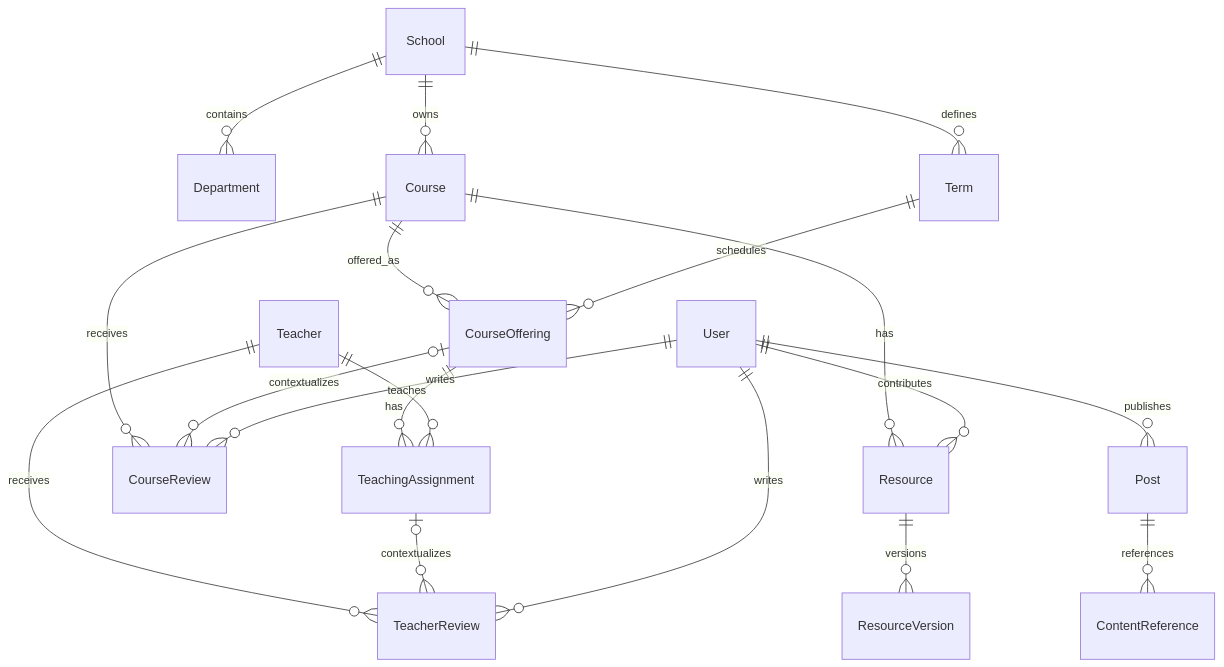
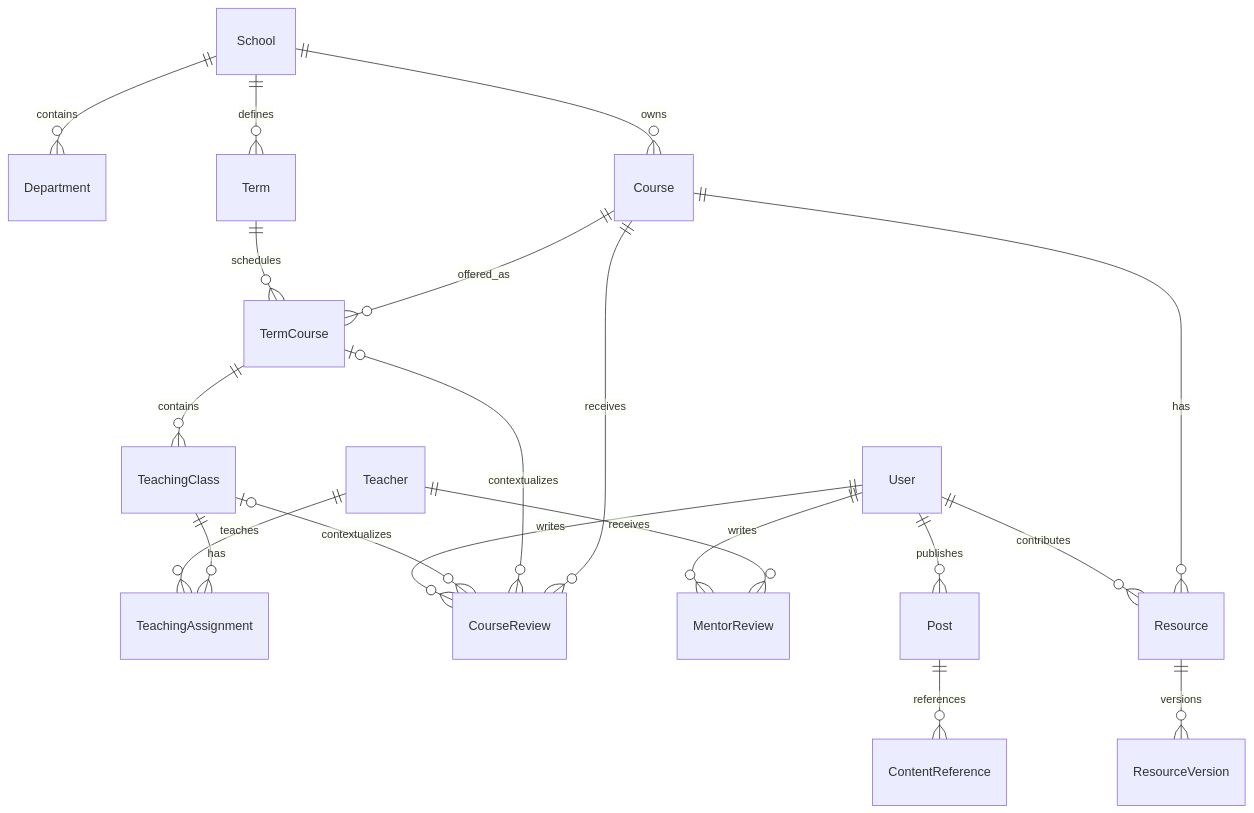
The diagram in docs/design/academic-content.md (StuHelper/stuhelper-next), drawn with Mermaid before and after one commit. The commit also changed other lines of this file and 58 other files, not shown here.

````diff
--- a/docs/design/academic-content.md
+++ b/docs/design/academic-content.md
@@ -17,21 +17,22 @@
 ```mermaid
 erDiagram
   School ||--o{ Department : contains
   School ||--o{ Course : owns
   School ||--o{ Term : defines
-  Course ||--o{ CourseOffering : offered_as
-  Term ||--o{ CourseOffering : schedules
-  CourseOffering ||--o{ TeachingAssignment : has
+  Course ||--o{ TermCourse : offered_as
+  Term ||--o{ TermCourse : schedules
+  TermCourse ||--o{ TeachingClass : contains
+  TeachingClass ||--o{ TeachingAssignment : has
   Teacher ||--o{ TeachingAssignment : teaches
   Course ||--o{ CourseReview : receives
-  CourseOffering |o--o{ CourseReview : contextualizes
-  Teacher ||--o{ TeacherReview : receives
-  TeachingAssignment |o--o{ TeacherReview : contextualizes
+  TermCourse |o--o{ CourseReview : contextualizes
+  TeachingClass |o--o{ CourseReview : contextualizes
+  Teacher ||--o{ MentorReview : receives
   Course ||--o{ Resource : has
   Resource ||--o{ ResourceVersion : versions
   User ||--o{ CourseReview : writes
-  User ||--o{ TeacherReview : writes
+  User ||--o{ MentorReview : writes
   User ||--o{ Resource : contributes
   User ||--o{ Post : publishes
   Post ||--o{ ContentReference : references
 ```
````
